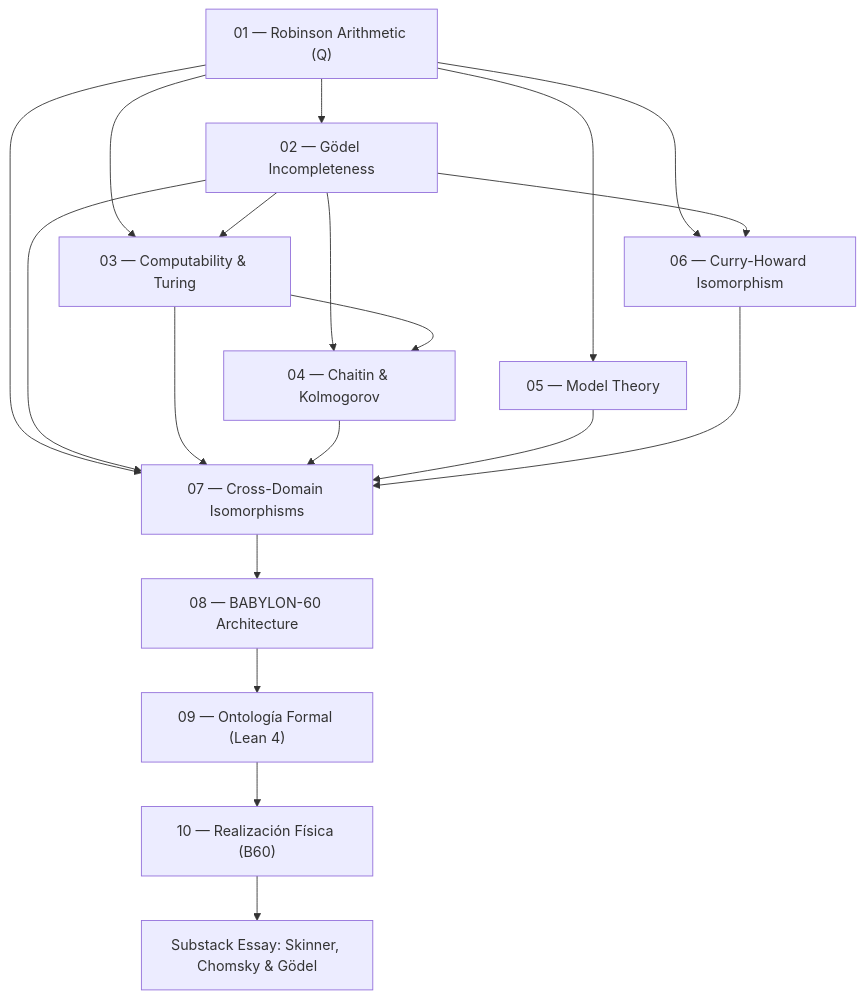
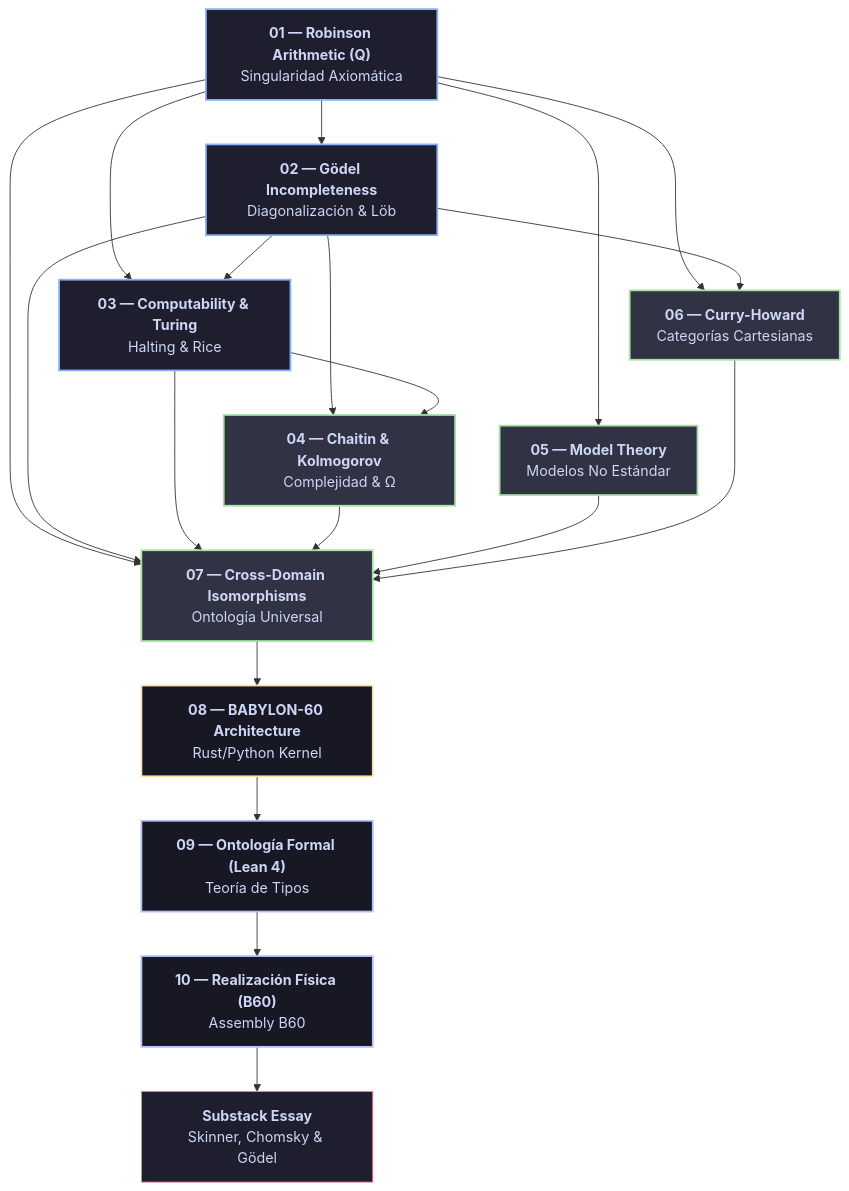
Before and after one commit to borjamoskv/BABYLON-60: the diagram in docs/06_theory/00_index.md, drawn with Mermaid. The commit also changed other lines of this file and 17 other files, not shown here.

````diff
--- a/docs/06_theory/00_index.md
+++ b/docs/06_theory/00_index.md
@@ -21,21 +31,40 @@
 ```mermaid
-graph TD
-    M01["01 — Robinson Arithmetic (Q)"] --> M02["02 — Gödel Incompleteness"]
-    M01 --> M03["03 — Computability & Turing"]
+flowchart TD
+    %% Node Styling
+    classDef foundation fill:#1e1e2e,stroke:#89b4fa,stroke-width:2px,color:#cdd6f4;
+    classDef core fill:#313244,stroke:#a6e3a1,stroke-width:2px,color:#cdd6f4;
+    classDef arch fill:#181825,stroke:#f9e2af,stroke-width:2px,color:#cdd6f4;
+    classDef lean fill:#181825,stroke:#b4befe,stroke-width:2px,color:#cdd6f4;
+    classDef essay fill:#1e1e2e,stroke:#f38ba8,stroke-width:1px,color:#cdd6f4;
+
+    M01["<b>01 — Robinson Arithmetic (Q)</b><br/>Singularidad Axiomática"]:::foundation
+    M02["<b>02 — Gödel Incompleteness</b><br/>Diagonalización & Löb"]:::foundation
+    M03["<b>03 — Computability & Turing</b><br/>Halting & Rice"]:::foundation
+    M04["<b>04 — Chaitin & Kolmogorov</b><br/>Complejidad & Ω"]:::core
+    M05["<b>05 — Model Theory</b><br/>Modelos No Estándar"]:::core
+    M06["<b>06 — Curry-Howard</b><br/>Categorías Cartesianas"]:::core
+    M07["<b>07 — Cross-Domain Isomorphisms</b><br/>Ontología Universal"]:::core
+    M08["<b>08 — BABYLON-60 Architecture</b><br/>Rust/Python Kernel"]:::arch
+    M09["<b>09 — Ontología Formal (Lean 4)</b><br/>Teoría de Tipos"]:::lean
+    M10["<b>10 — Realización Física (B60)</b><br/>Assembly B60"]:::lean
+    ESSAY["<b>Substack Essay</b><br/>Skinner, Chomsky & Gödel"]:::essay
+
+    M01 --> M02
+    M01 --> M03
     M02 --> M03
-    M01 --> M05["05 — Model Theory"]
-    M02 --> M04["04 — Chaitin & Kolmogorov"]
+    M01 --> M05
+    M02 --> M04
     M03 --> M04
-    M01 --> M06["06 — Curry-Howard Isomorphism"]
+    M01 --> M06
     M02 --> M06
-    M01 --> M07["07 — Cross-Domain Isomorphisms"]
+    M01 --> M07
     M02 --> M07
     M03 --> M07
     M04 --> M07
     M05 --> M07
     M06 --> M07
-    M07 --> M08["08 — BABYLON-60 Architecture"]
-    M08 --> M09["09 — Ontología Formal (Lean 4)"]
-    M09 --> M10["10 — Realización Física (B60)"]
-    M10 --> ESSAY["Substack Essay: Skinner, Chomsky & Gödel"]
+    M07 --> M08
+    M08 --> M09
+    M09 --> M10
+    M10 --> ESSAY
 ```
````
